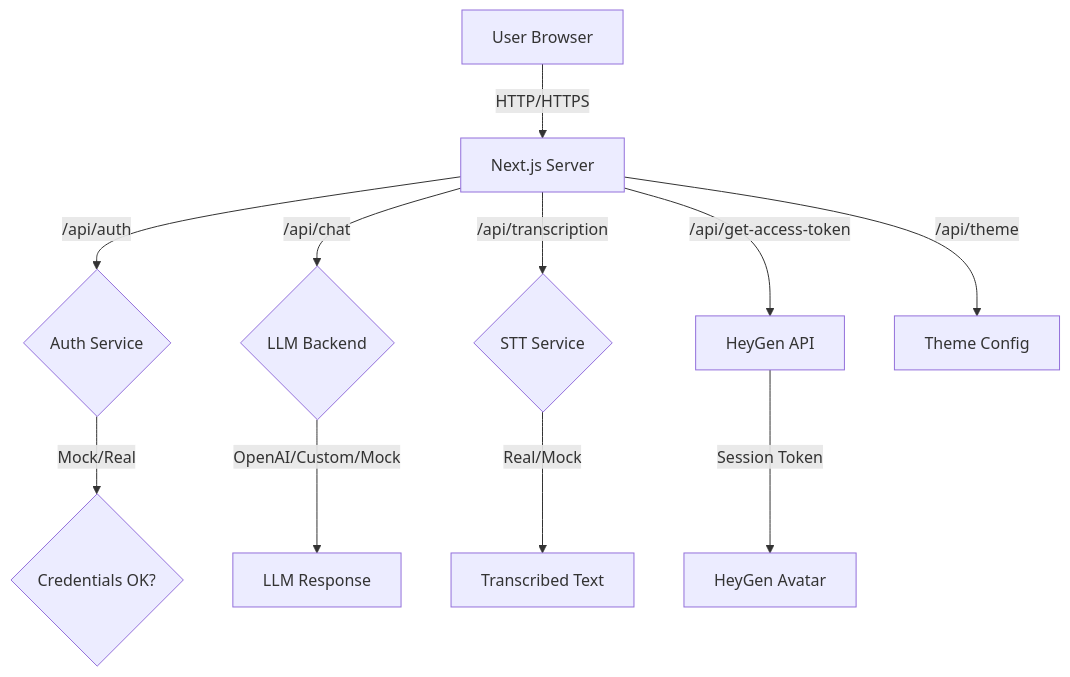
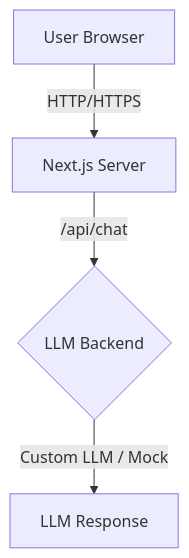
The diagram in docs/getting-started/architecture-overview.md (NarayanYerrabachu/dguv_frontend), drawn with Mermaid before and after one commit. The commit also changed other lines of this file and 20 other files, not shown here.

````diff
--- a/docs/getting-started/architecture-overview.md
+++ b/docs/getting-started/architecture-overview.md
@@ -9,13 +9,6 @@
 ```mermaid
 flowchart TD
     A[User Browser] -->|HTTP/HTTPS| B[Next.js Server]
-    B -->|/api/auth| C{Auth Service}
     B -->|/api/chat| D{LLM Backend}
-    B -->|/api/transcription| E{STT Service}
-    B -->|/api/get-access-token| F[HeyGen API]
-    B -->|/api/theme| G[Theme Config]
-    C -->|Mock/Real| H{Credentials OK?}
-    D -->|OpenAI/Custom/Mock| I[LLM Response]
-    E -->|Real/Mock| J[Transcribed Text]
-    F -->|Session Token| K[HeyGen Avatar]
+    D -->|Custom LLM / Mock| I[LLM Response]
 ```
````
